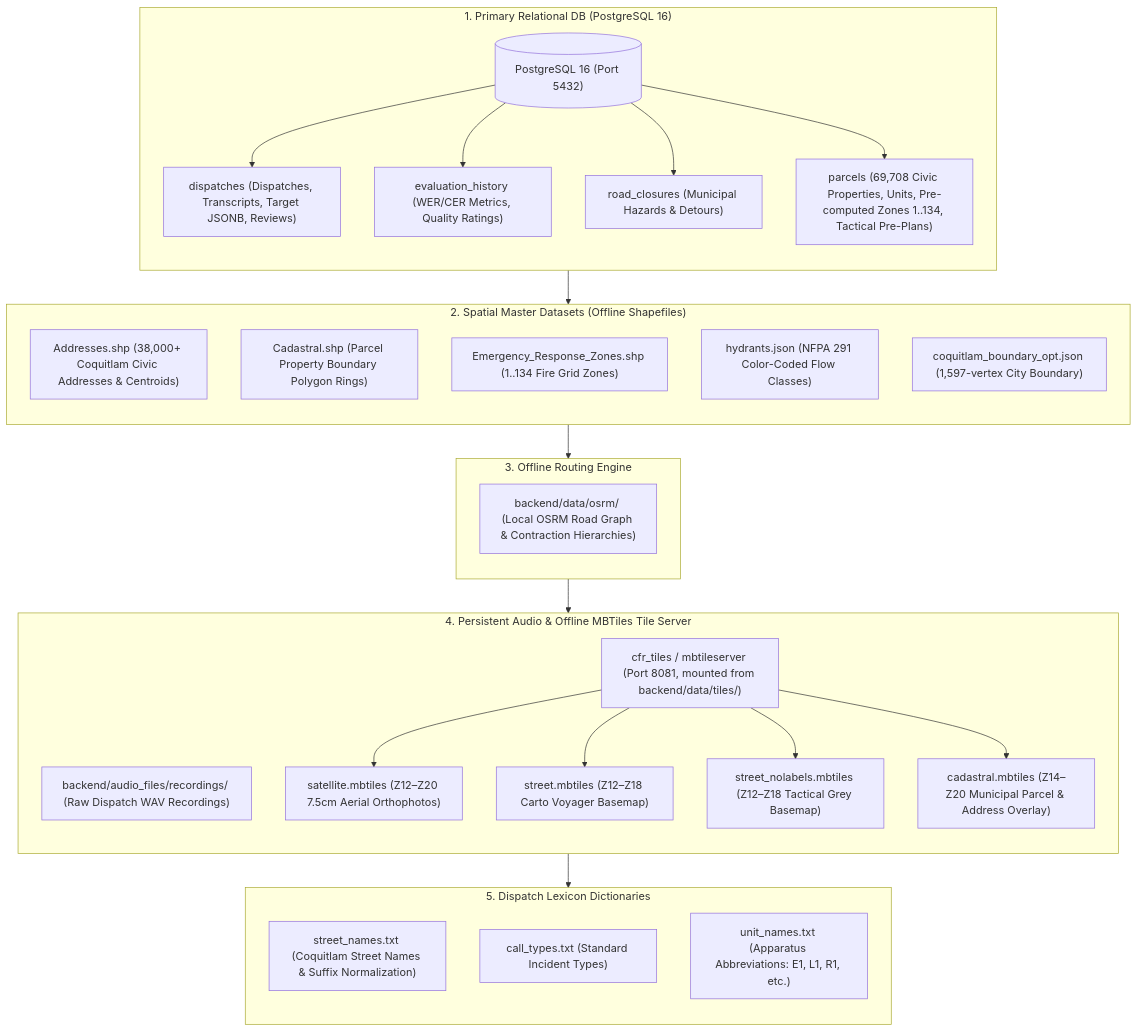
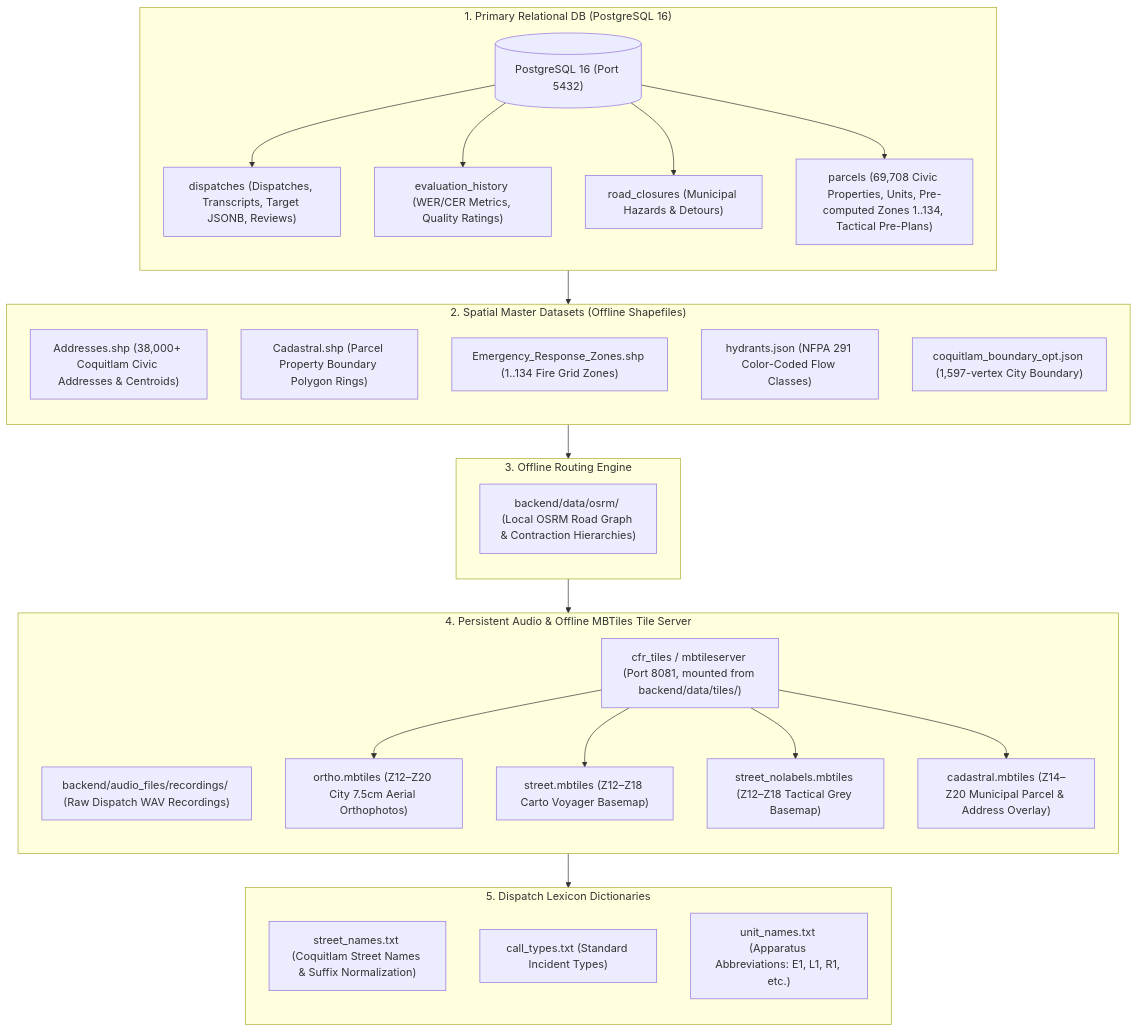
One commit to cwoodworth89/CFR-EVO-APP changed the diagram in docs/architecture/database_and_datastores.md. Above: the diagram before and after it, drawn with Mermaid. The commit also changed 10 other files, not shown here.

````diff
--- a/docs/architecture/database_and_datastores.md
+++ b/docs/architecture/database_and_datastores.md
@@ -22,55 +22,55 @@
 ```mermaid
 graph TD
     subgraph PrimaryDB ["1. Primary Relational DB (PostgreSQL 16)"]
         direction TB
         PG[("PostgreSQL 16 (Port 5432)")]
         T1["dispatches (Dispatches, Transcripts, Target JSONB, Reviews)"]
         T2["evaluation_history (WER/CER Metrics, Quality Ratings)"]
         T3["road_closures (Municipal Hazards & Detours)"]
         T4["parcels (69,708 Civic Properties, Units, Pre-computed Zones 1..134, Tactical Pre-Plans)"]
         PG --> T1
         PG --> T2
         PG --> T3
         PG --> T4
     end
 
     subgraph SpatialData ["2. Spatial Master Datasets (Offline Shapefiles)"]
         direction TB
         S1["Addresses.shp (38,000+ Coquitlam Civic Addresses & Centroids)"]
         S2["Cadastral.shp (Parcel Property Boundary Polygon Rings)"]
         S3["Emergency_Response_Zones.shp (1..134 Fire Grid Zones)"]
         S4["hydrants.json (NFPA 291 Color-Coded Flow Classes)"]
         S5["coquitlam_boundary_opt.json (1,597-vertex City Boundary)"]
     end
 
     subgraph RoutingGraph ["3. Offline Routing Engine"]
         direction TB
         R1["backend/data/osrm/ (Local OSRM Road Graph & Contraction Hierarchies)"]
     end
 
     subgraph Storage ["4. Persistent Audio & Offline MBTiles Tile Server"]
         direction TB
         A1["backend/audio_files/recordings/ (Raw Dispatch WAV Recordings)"]
         A2["cfr_tiles / mbtileserver (Port 8081, mounted from backend/data/tiles/)"]
-        M1["satellite.mbtiles (Z12–Z20 7.5cm Aerial Orthophotos)"]
+        M1["ortho.mbtiles (Z12–Z20 City 7.5cm Aerial Orthophotos)"]
         M2["street.mbtiles (Z12–Z18 Carto Voyager Basemap)"]
         M3["street_nolabels.mbtiles (Z12–Z18 Tactical Grey Basemap)"]
         M4["cadastral.mbtiles (Z14–Z20 Municipal Parcel & Address Overlay)"]
         A2 --> M1
         A2 --> M2
         A2 --> M3
         A2 --> M4
     end
 
     subgraph Vocabulary ["5. Dispatch Lexicon Dictionaries"]
         direction TB
         V1["street_names.txt (Coquitlam Street Names & Suffix Normalization)"]
         V2["call_types.txt (Standard Incident Types)"]
         V3["unit_names.txt (Apparatus Abbreviations: E1, L1, R1, etc.)"]
     end
 
     PrimaryDB --> SpatialData
     SpatialData --> RoutingGraph
     RoutingGraph --> Storage
     Storage --> Vocabulary
 ```
````
